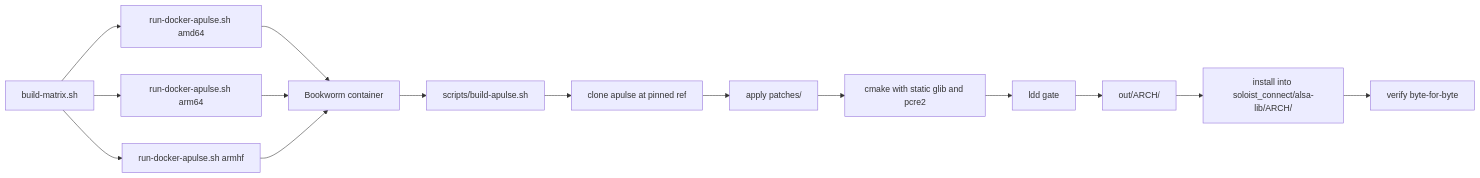
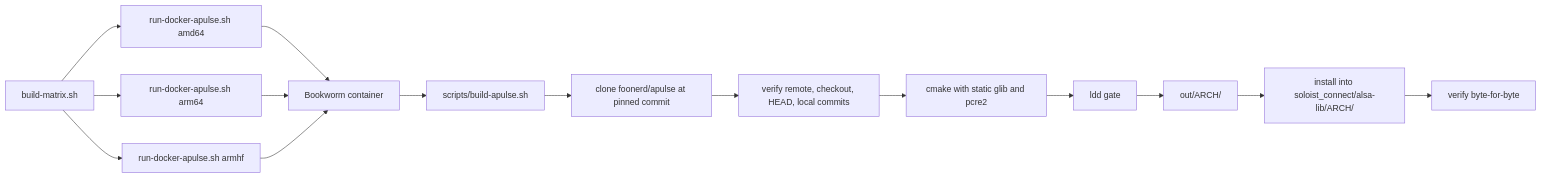
The second of 4 diagrams in README.md (foonerd/alsa_soloist_connect), drawn with Mermaid before and after one commit. The commit also changed other lines of this file and 12 other files, not shown here.

````diff
--- a/README.md
+++ b/README.md
@@ -74,17 +73,17 @@
 ```mermaid
 flowchart LR
     A["build-matrix.sh"] --> B["run-docker-apulse.sh amd64"]
     A --> C["run-docker-apulse.sh arm64"]
     A --> D["run-docker-apulse.sh armhf"]
     B --> E["Bookworm container"]
     C --> E
     D --> E
     E --> F["scripts/build-apulse.sh"]
-    F --> G["clone apulse at pinned ref"]
-    G --> H["apply patches/"]
+    F --> G["clone foonerd/apulse at pinned commit"]
+    G --> H["verify remote, checkout, HEAD, local commits"]
     H --> I["cmake with static glib and pcre2"]
     I --> J["ldd gate"]
     J --> K["out/ARCH/"]
     K --> L["install into soloist_connect/alsa-lib/ARCH/"]
     L --> M["verify byte-for-byte"]
 ```
````
